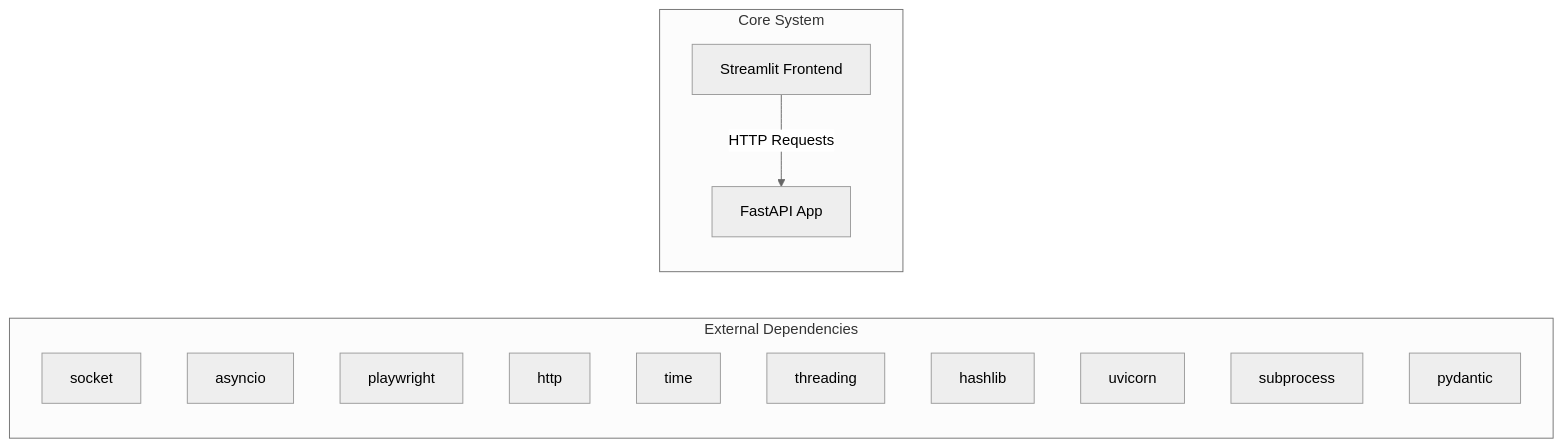
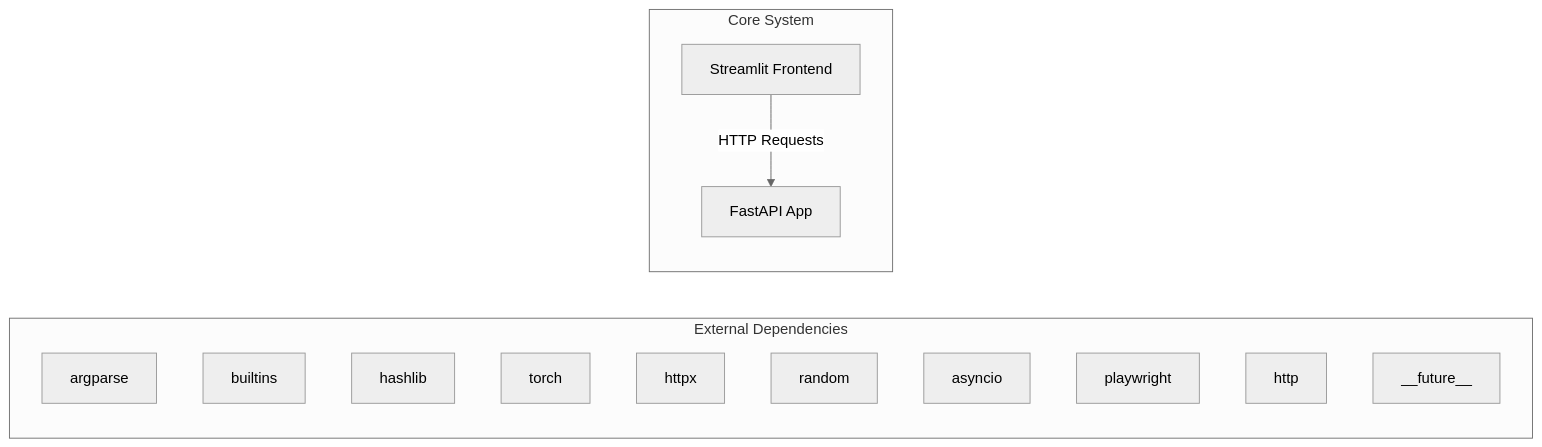
Before and after one commit to NITISH-R-G/rag-context-optimizer: the first of 2 diagrams in docs/architecture.md, drawn with Mermaid (neutral theme). The commit also changed 1 other file, not shown here.

Commit message:
docs: auto-update repository knowledge, architecture diagrams, and documentation

````diff
--- a/docs/architecture.md
+++ b/docs/architecture.md
@@ -7,20 +7,20 @@
 ```mermaid
 graph LR
     subgraph External Dependencies
-        E0["socket"]
-        E1["asyncio"]
-        E2["playwright"]
-        E3["http"]
-        E4["time"]
-        E5["threading"]
-        E6["hashlib"]
-        E7["uvicorn"]
-        E8["subprocess"]
-        E9["pydantic"]
+        E0["argparse"]
+        E1["builtins"]
+        E2["hashlib"]
+        E3["torch"]
+        E4["httpx"]
+        E5["random"]
+        E6["asyncio"]
+        E7["playwright"]
+        E8["http"]
+        E9["__future__"]
     end
     subgraph Core System
         API["FastAPI App"]
         UI["Streamlit Frontend"]
     end
     UI -->|HTTP Requests| API
 ```
````
